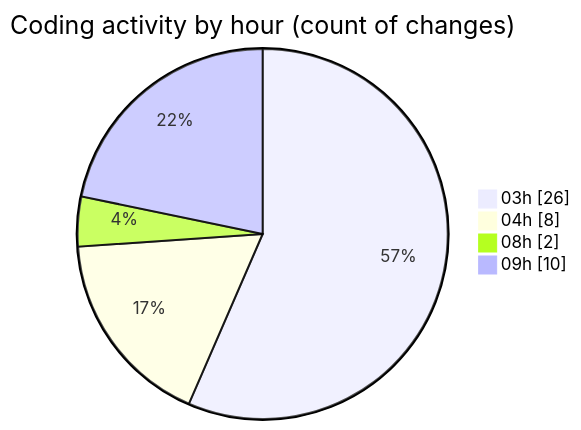
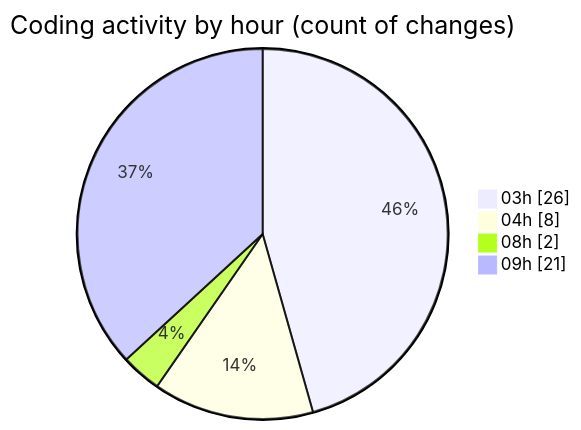
One commit to JenPaints/code-tracking changed the second of 2 diagrams in 2025-06-20/modeljsondesigner/README.md. Above: the diagram before and after it, drawn with Mermaid. The commit also changed other lines of this file and 1 other file, not shown here.

````diff
--- a/2025-06-20/modeljsondesigner/README.md
+++ b/2025-06-20/modeljsondesigner/README.md
@@ -43,8 +46,8 @@
 ```mermaid
 pie showData
 title Coding activity by hour (count of changes)
 "03h" : 26
 "04h" : 8
 "08h" : 2
-"09h" : 10
+"09h" : 21
 ```
````
